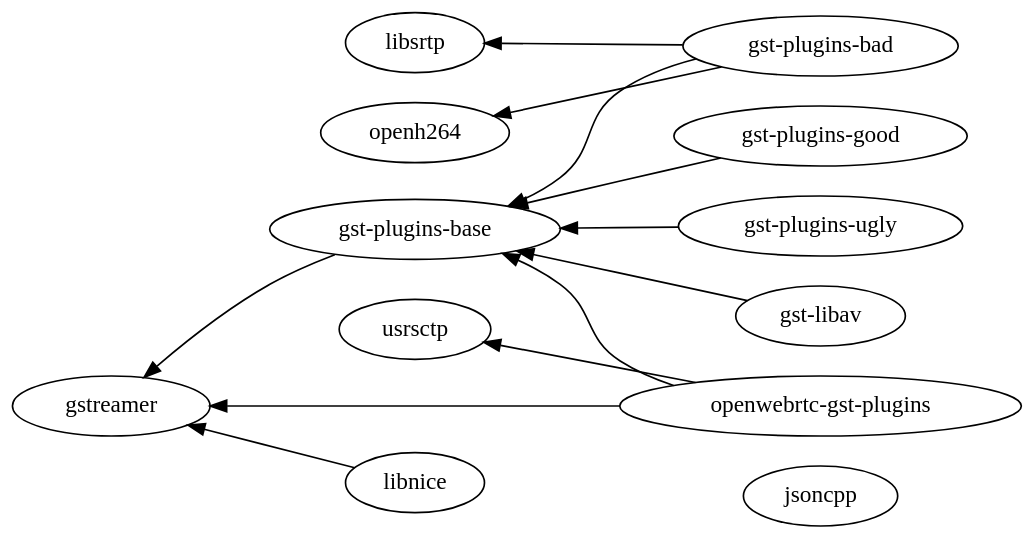
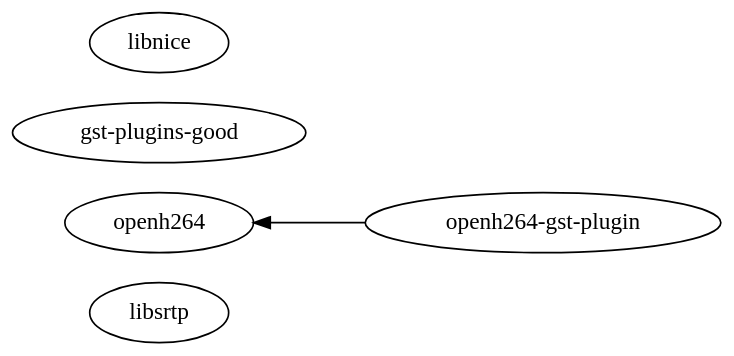
One commit to Kurento/doc-kurento-readthedocs changed the diagram in source/images/graphs/dependencies-forks.dot. Above: the diagram before and after it, drawn with Graphviz. The commit also changed 655 other files, not shown here.

```diff
--- a/source/images/graphs/dependencies-forks.dot
+++ b/source/images/graphs/dependencies-forks.dot
@@ -1,22 +1,18 @@
 digraph dependencies_forks {
   bgcolor = "transparent";
   fontname = "Bitstream Vera Sans";
   fontsize = 8;
   size = "12,8";
 
   rankdir = "RL";
 
-  // Kurento external libraries
-  "jsoncpp";
-  "libsrtp";
-  "openh264";
-  "usrsctp";
-  "gstreamer";
-  "gst-plugins-base" -> "gstreamer";
-  "gst-plugins-good" -> "gst-plugins-base";
-  "gst-plugins-bad" -> {"gst-plugins-base" "libsrtp" "openh264"};
-  "gst-plugins-ugly" -> "gst-plugins-base";
-  "gst-libav" -> "gst-plugins-base";
-  "openwebrtc-gst-plugins" -> {"gstreamer" "gst-plugins-base" "usrsctp"};
-  "libnice" -> "gstreamer";
+  // Forks and external libraries.
+  {
+    rank = "same";
+    "libsrtp";
+    "openh264";
+    "gst-plugins-good";
+    "libnice";
+  }
+  "openh264-gst-plugin" -> {"openh264"};
 }
```
